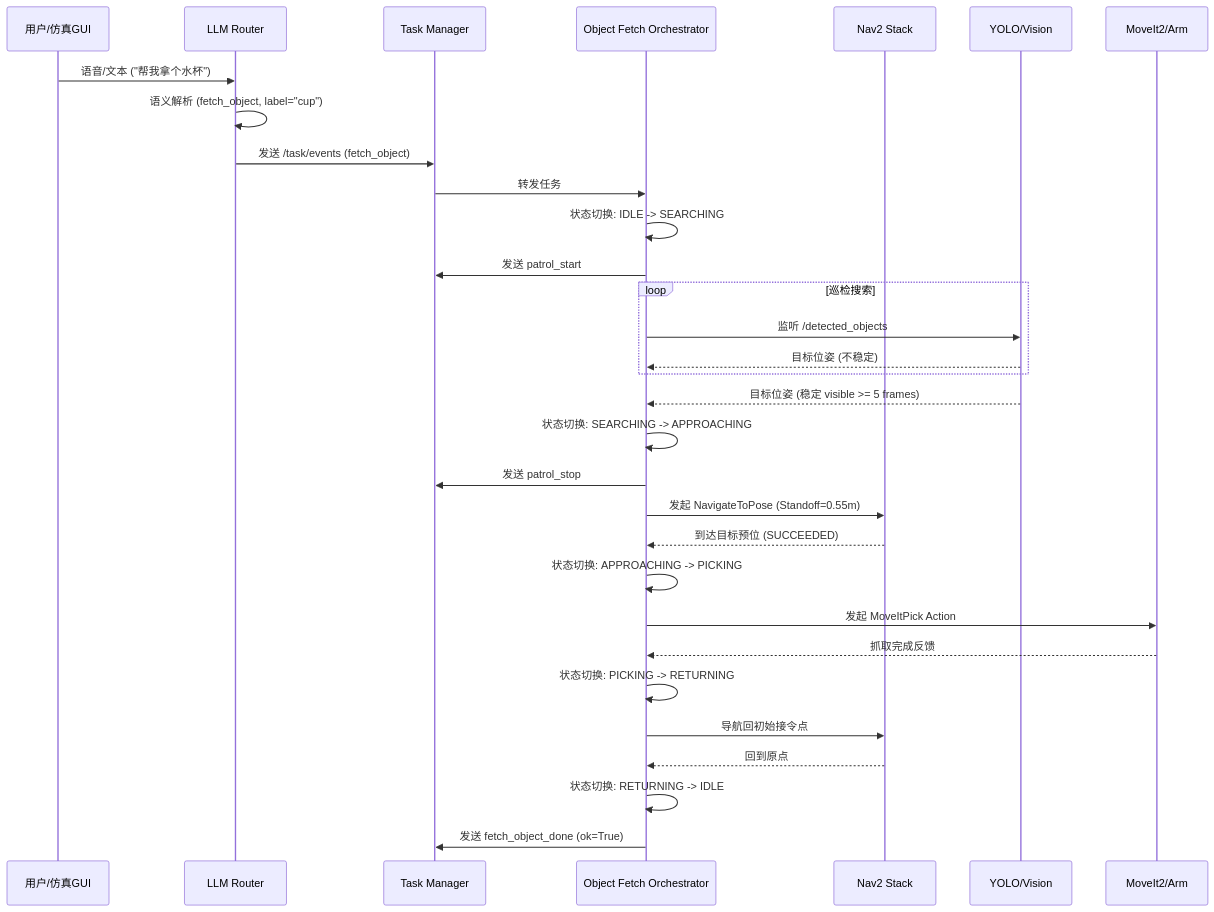
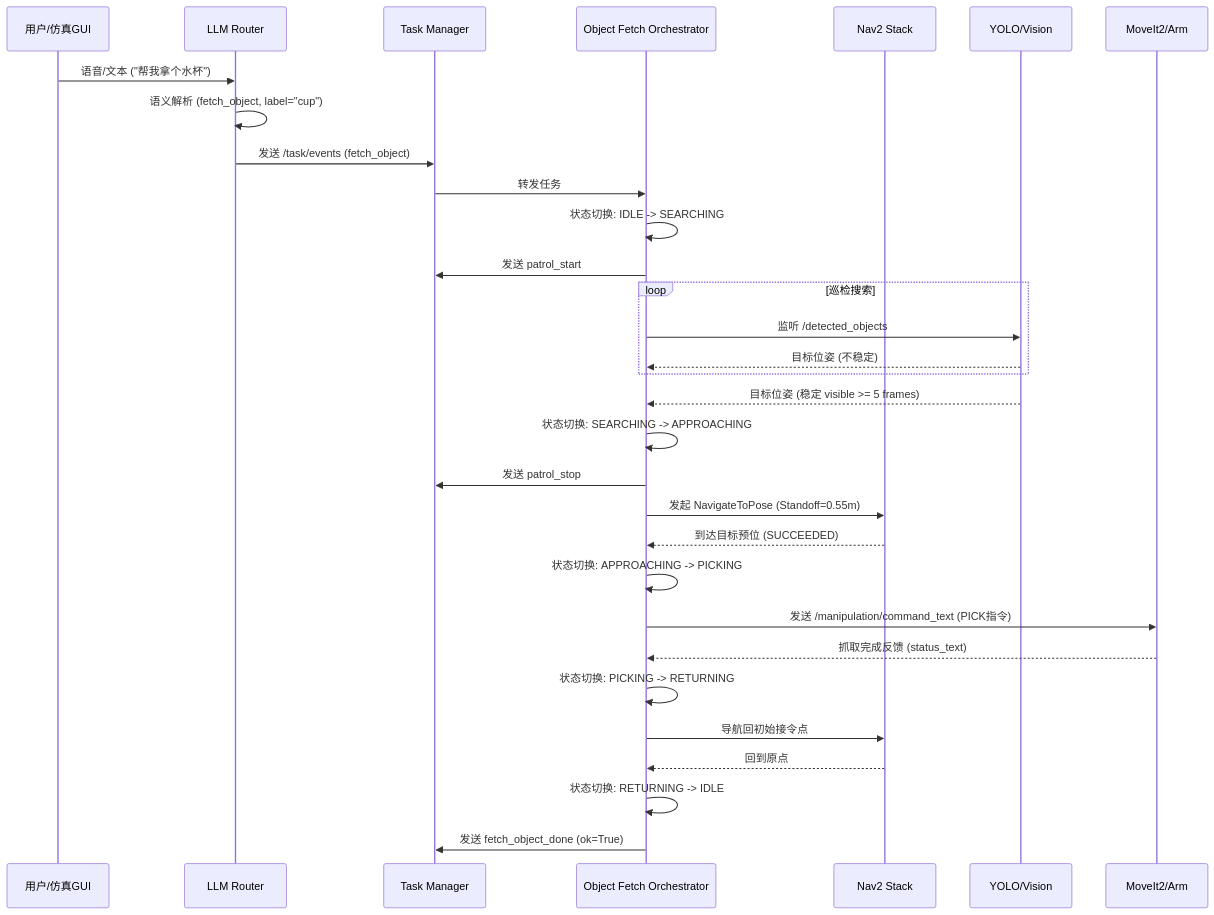
One commit to cbx6666/TJ-Robot changed the second of 2 diagrams in docs/第三阶段报告.md. Above: the diagram before and after it, drawn with Mermaid. The commit also changed other lines of this file and 3 other files, not shown here.

````diff
--- a/docs/第三阶段报告.md
+++ b/docs/第三阶段报告.md
@@ -84,34 +86,34 @@
 ```mermaid
 sequenceDiagram
     participant User as 用户/仿真GUI
     participant LLM as LLM Router
     participant TM as Task Manager
     participant OFO as Object Fetch Orchestrator
     participant Nav2 as Nav2 Stack
     participant YOLO as YOLO/Vision
     participant Arm as MoveIt2/Arm
 
     User->>LLM: 语音/文本 ("帮我拿个水杯")
     LLM->>LLM: 语义解析 (fetch_object, label="cup")
     LLM->>TM: 发送 /task/events (fetch_object)
     TM->>OFO: 转发任务
     OFO->>OFO: 状态切换: IDLE -> SEARCHING
     OFO->>TM: 发送 patrol_start
     loop 巡检搜索
         OFO->>YOLO: 监听 /detected_objects
         YOLO-->>OFO: 目标位姿 (不稳定)
     end
     YOLO-->>OFO: 目标位姿 (稳定 visible >= 5 frames)
     OFO->>OFO: 状态切换: SEARCHING -> APPROACHING
     OFO->>TM: 发送 patrol_stop
     OFO->>Nav2: 发起 NavigateToPose (Standoff=0.55m)
     Nav2-->>OFO: 到达目标预位 (SUCCEEDED)
     OFO->>OFO: 状态切换: APPROACHING -> PICKING
-    OFO->>Arm: 发起 MoveItPick Action
-    Arm-->>OFO: 抓取完成反馈
+    OFO->>Arm: 发送 /manipulation/command_text (PICK指令)
+    Arm-->>OFO: 抓取完成反馈 (status_text)
     OFO->>OFO: 状态切换: PICKING -> RETURNING
     OFO->>Nav2: 导航回初始接令点
     Nav2-->>OFO: 回到原点
     OFO->>OFO: 状态切换: RETURNING -> IDLE
     OFO->>TM: 发送 fetch_object_done (ok=True)
 ```
````
